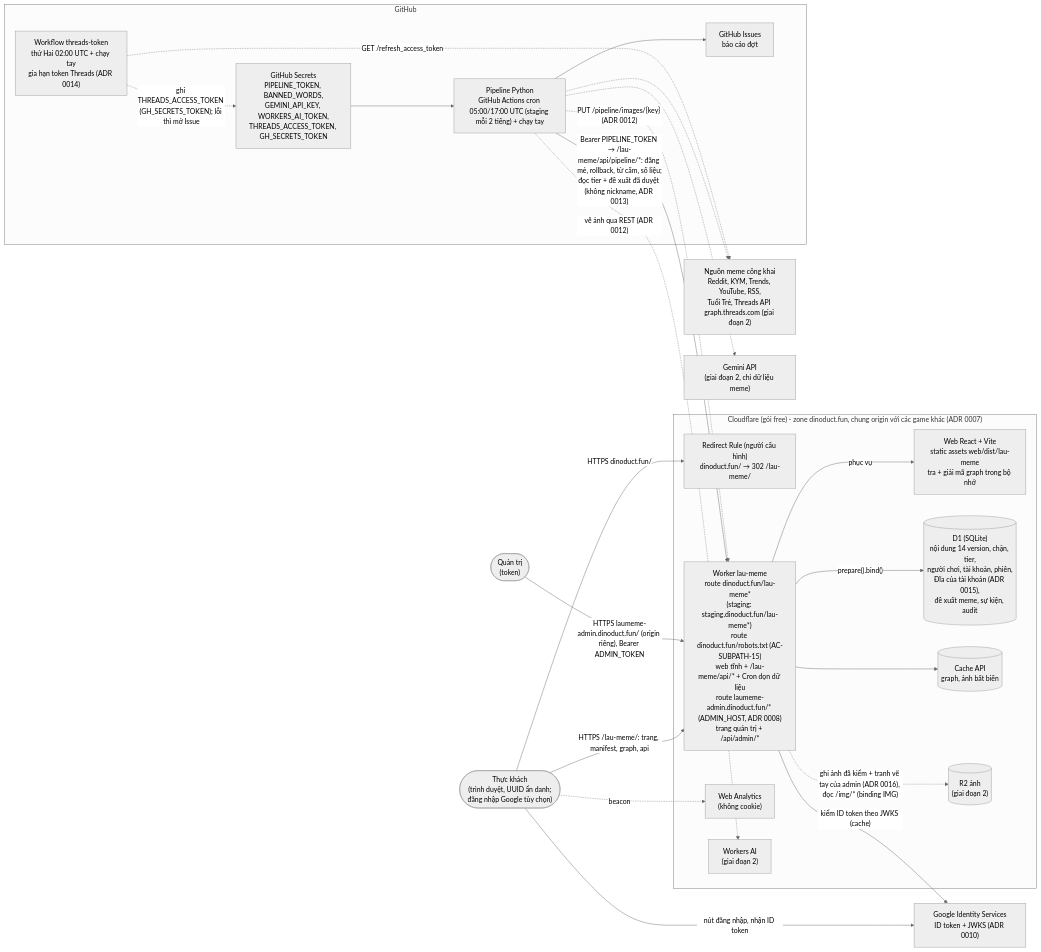
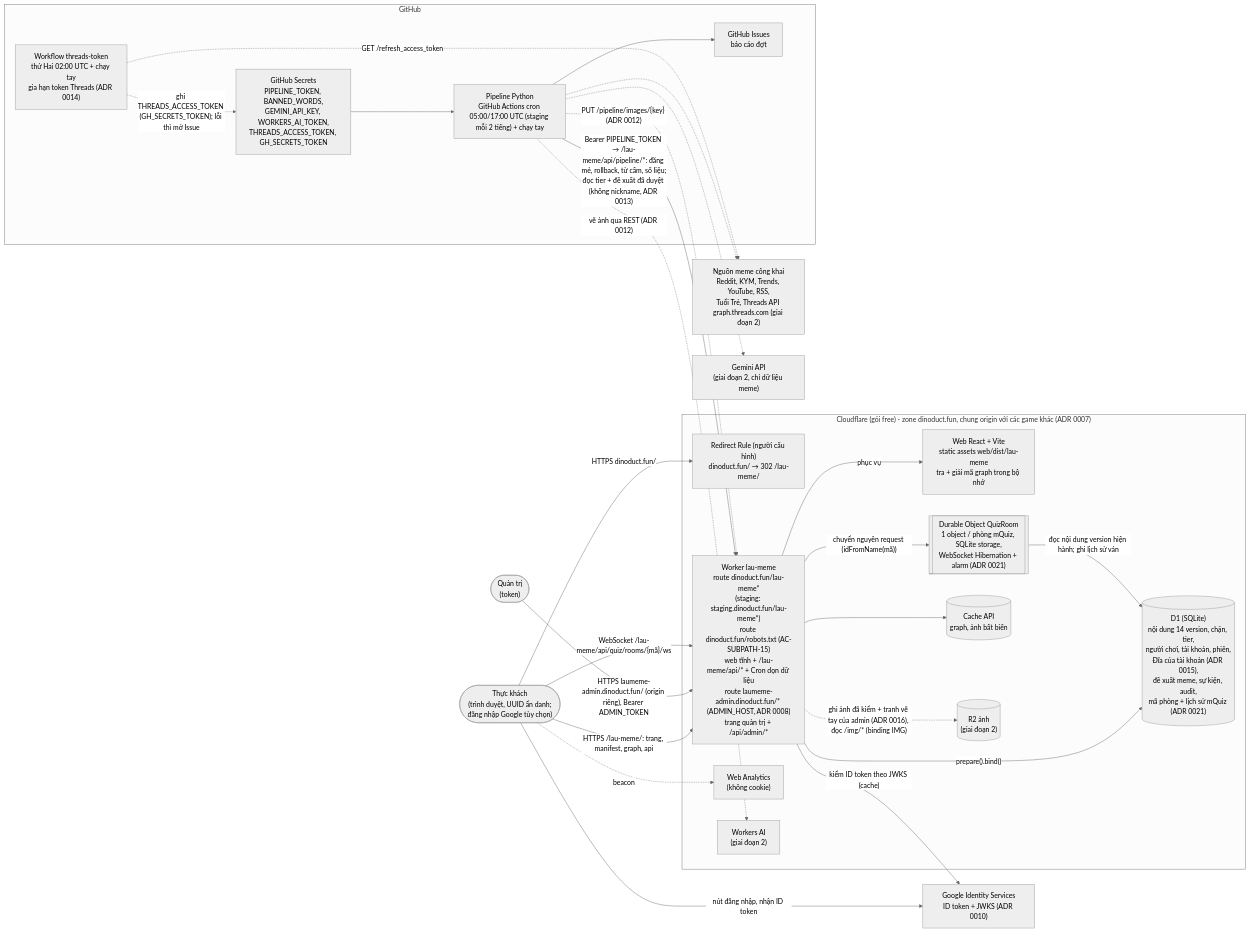
One commit to thucnq/lau-meme changed the diagram in docs/diagrams/system.mmd. Above: the diagram before and after it, drawn with Mermaid (neutral theme). The commit also changed 7 other files, not shown here.

First line of the commit message:
design: mQuiz trên Durable Objects (ADR 0021), contract 0.10.0, migration 0011 lịch sử

```diff
--- a/docs/diagrams/system.mmd
+++ b/docs/diagrams/system.mmd
@@ -1,46 +1,50 @@
 %% C4 container - Lẩu Meme (giai đoạn 1; nét đứt = giai đoạn 2)
 flowchart LR
   player(["Thực khách<br/>(trình duyệt, UUID ẩn danh;<br/>đăng nhập Google tùy chọn)"])
   admin(["Quản trị<br/>(token)"])
 
   subgraph cf["Cloudflare (gói free) - zone dinoduct.fun, chung origin với các game khác (ADR 0007)"]
     redirect["Redirect Rule (người cấu hình)<br/>dinoduct.fun/ → 302 /lau-meme/"]
     worker["Worker lau-meme<br/>route dinoduct.fun/lau-meme*<br/>(staging: staging.dinoduct.fun/lau-meme*)<br/>route dinoduct.fun/robots.txt (AC-SUBPATH-15)<br/>web tĩnh + /lau-meme/api/* + Cron dọn dữ liệu<br/>route laumeme-admin.dinoduct.fun/* (ADMIN_HOST, ADR 0008)<br/>trang quản trị + /api/admin/*"]
     web["Web React + Vite<br/>static assets web/dist/lau-meme<br/>tra + giải mã graph trong bộ nhớ"]
-    d1[("D1 (SQLite)<br/>nội dung 14 version, chặn, tier,<br/>người chơi, tài khoản, phiên,<br/>Đĩa của tài khoản (ADR 0015),<br/>đề xuất meme, sự kiện, audit")]
+    d1[("D1 (SQLite)<br/>nội dung 14 version, chặn, tier,<br/>người chơi, tài khoản, phiên,<br/>Đĩa của tài khoản (ADR 0015),<br/>đề xuất meme, sự kiện, audit,<br/>mã phòng + lịch sử mQuiz (ADR 0021)")]
+    quizdo[["Durable Object QuizRoom<br/>1 object / phòng mQuiz, SQLite storage,<br/>WebSocket Hibernation + alarm (ADR 0021)"]]
     cache[("Cache API<br/>graph, ảnh bất biến")]
     wa["Web Analytics<br/>(không cookie)"]
     r2[("R2 ảnh<br/>(giai đoạn 2)")]
     wai["Workers AI<br/>(giai đoạn 2)"]
   end
 
   subgraph gh["GitHub"]
     actions["Pipeline Python<br/>GitHub Actions cron 05:00/17:00 UTC (staging mỗi 2 tiếng) + chạy tay"]
     issues["GitHub Issues<br/>báo cáo đợt"]
     secrets["GitHub Secrets<br/>PIPELINE_TOKEN, BANNED_WORDS,<br/>GEMINI_API_KEY, WORKERS_AI_TOKEN,<br/>THREADS_ACCESS_TOKEN, GH_SECRETS_TOKEN"]
     tokenjob["Workflow threads-token<br/>thứ Hai 02:00 UTC + chạy tay<br/>gia hạn token Threads (ADR 0014)"]
   end
 
   google["Google Identity Services<br/>ID token + JWKS (ADR 0010)"]
   sources["Nguồn meme công khai<br/>Reddit, KYM, Trends, YouTube, RSS,<br/>Tuổi Trẻ, Threads API graph.threads.com (giai đoạn 2)"]
   gemini["Gemini API<br/>(giai đoạn 2, chỉ dữ liệu meme)"]
 
   player -- "HTTPS dinoduct.fun/" --> redirect
   player -- "HTTPS /lau-meme/: trang, manifest, graph, api" --> worker
   admin -- "HTTPS laumeme-admin.dinoduct.fun/ (origin riêng), Bearer ADMIN_TOKEN" --> worker
   worker -- "phục vụ" --> web
   worker -- "prepare().bind()" --> d1
   worker --> cache
+  player -- "WebSocket /lau-meme/api/quiz/rooms/{mã}/ws" --> worker
+  worker -- "chuyển nguyên request (idFromName(mã))" --> quizdo
+  quizdo -- "đọc nội dung version hiện hành; ghi lịch sử ván" --> d1
   player -. beacon .-> wa
   player -- "nút đăng nhập, nhận ID token" --> google
   worker -- "kiểm ID token theo JWKS (cache)" --> google
   actions -- "Bearer PIPELINE_TOKEN → /lau-meme/api/pipeline/*: đăng mẻ, rollback, từ cấm, số liệu;<br/>đọc tier + đề xuất đã duyệt (không nickname, ADR 0013)" --> worker
   actions --> issues
   secrets --> actions
   actions -.-> sources
   actions -.-> gemini
   tokenjob -. "GET /refresh_access_token" .-> sources
   tokenjob -. "ghi THREADS_ACCESS_TOKEN (GH_SECRETS_TOKEN); lỗi thì mở Issue" .-> secrets
   actions -. "vẽ ảnh qua REST (ADR 0012)" .-> wai
   actions -. "PUT /pipeline/images/{key} (ADR 0012)" .-> worker
   worker -. "ghi ảnh đã kiểm + tranh vẽ tay của admin (ADR 0016), đọc /img/* (binding IMG)" .-> r2
```
